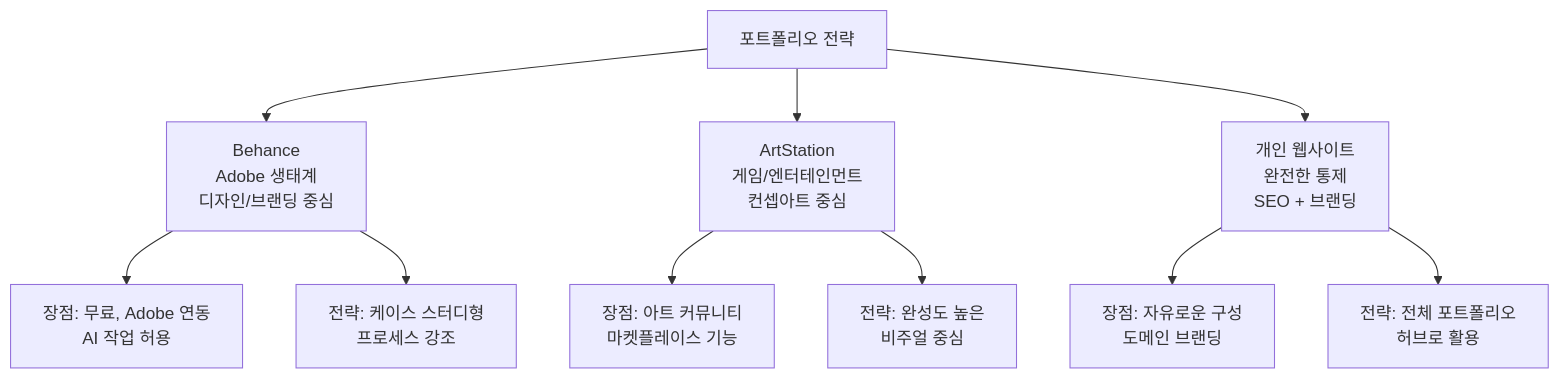
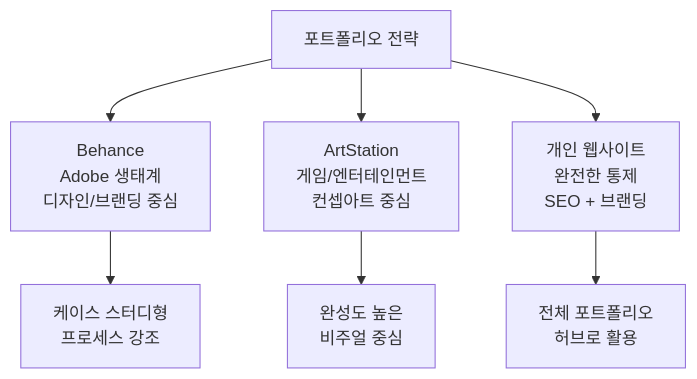
Before and after one commit to jsonpassion/forge-tutorial-promptcanvas: the second of 3 diagrams in 12-ch12-실전-포트폴리오-프로젝트/05-05-포트폴리오-완성과-다음-단계.md, drawn with Mermaid. The commit also changed other lines of this file and 63 other files, not shown here.

````diff
--- a/12-ch12-실전-포트폴리오-프로젝트/05-05-포트폴리오-완성과-다음-단계.md
+++ b/12-ch12-실전-포트폴리오-프로젝트/05-05-포트폴리오-완성과-다음-단계.md
@@ -176,14 +47,10 @@
 ```mermaid
 flowchart TD
     P["포트폴리오 전략"] --> B["Behance<br/>Adobe 생태계<br/>디자인/브랜딩 중심"]
     P --> A["ArtStation<br/>게임/엔터테인먼트<br/>컨셉아트 중심"]
     P --> W["개인 웹사이트<br/>완전한 통제<br/>SEO + 브랜딩"]
-    
-    B --> B1["장점: 무료, Adobe 연동<br/>AI 작업 허용"]
-    A --> A1["장점: 아트 커뮤니티<br/>마켓플레이스 기능"]
-    W --> W1["장점: 자유로운 구성<br/>도메인 브랜딩"]
-    
-    B --> B2["전략: 케이스 스터디형<br/>프로세스 강조"]
-    A --> A2["전략: 완성도 높은<br/>비주얼 중심"]
-    W --> W2["전략: 전체 포트폴리오<br/>허브로 활용"]
+
+    B --> B1["케이스 스터디형<br/>프로세스 강조"]
+    A --> A1["완성도 높은<br/>비주얼 중심"]
+    W --> W1["전체 포트폴리오<br/>허브로 활용"]
 ```
````
